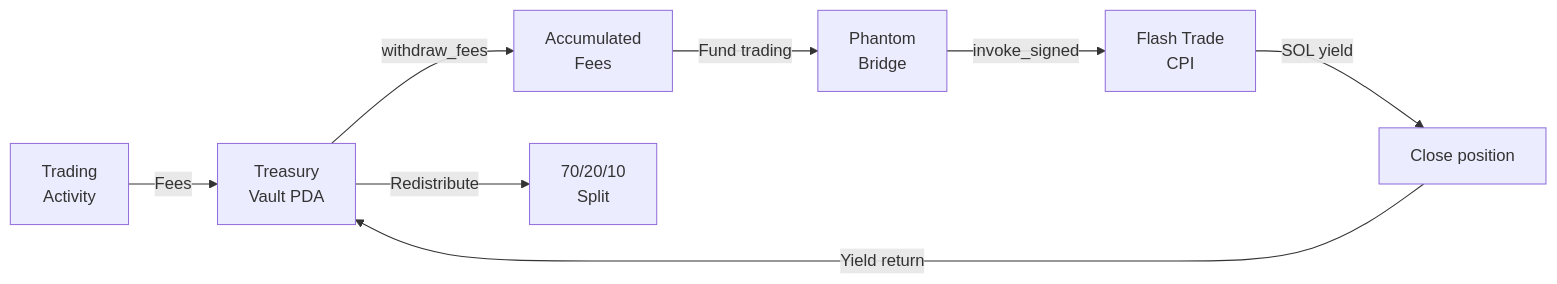
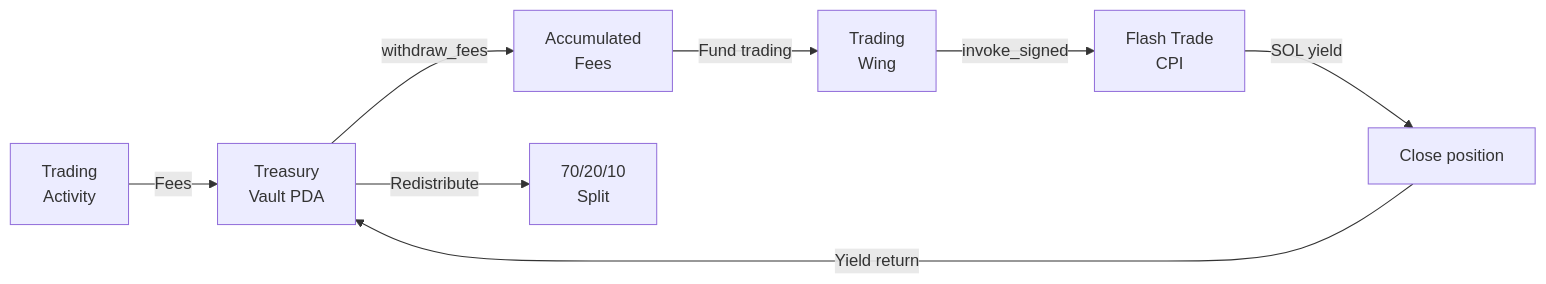
The diagram in dashboard/content/docs/architecture/fee-routing.mdx (tradewife/resilient-token-protocol), drawn with Mermaid before and after one commit. The commit also changed 8 other files, not shown here.

````diff
--- a/dashboard/content/docs/architecture/fee-routing.mdx
+++ b/dashboard/content/docs/architecture/fee-routing.mdx
@@ -10,10 +10,10 @@
 ```mermaid
 flowchart LR
     A[Trading<br/>Activity] -->|Fees| B[Treasury<br/>Vault PDA]
     B -->|withdraw_fees| C[Accumulated<br/>Fees]
-    C -->|Fund trading| D[Phantom<br/>Bridge]
+    C -->|Fund trading| D[Trading<br/>Wing]
     D -->|invoke_signed| E[Flash Trade<br/>CPI]
     E -->|SOL yield| F[Close position]
     F -->|Yield return| B
     B -->|Redistribute| G[70/20/10<br/>Split]
 ```
````
